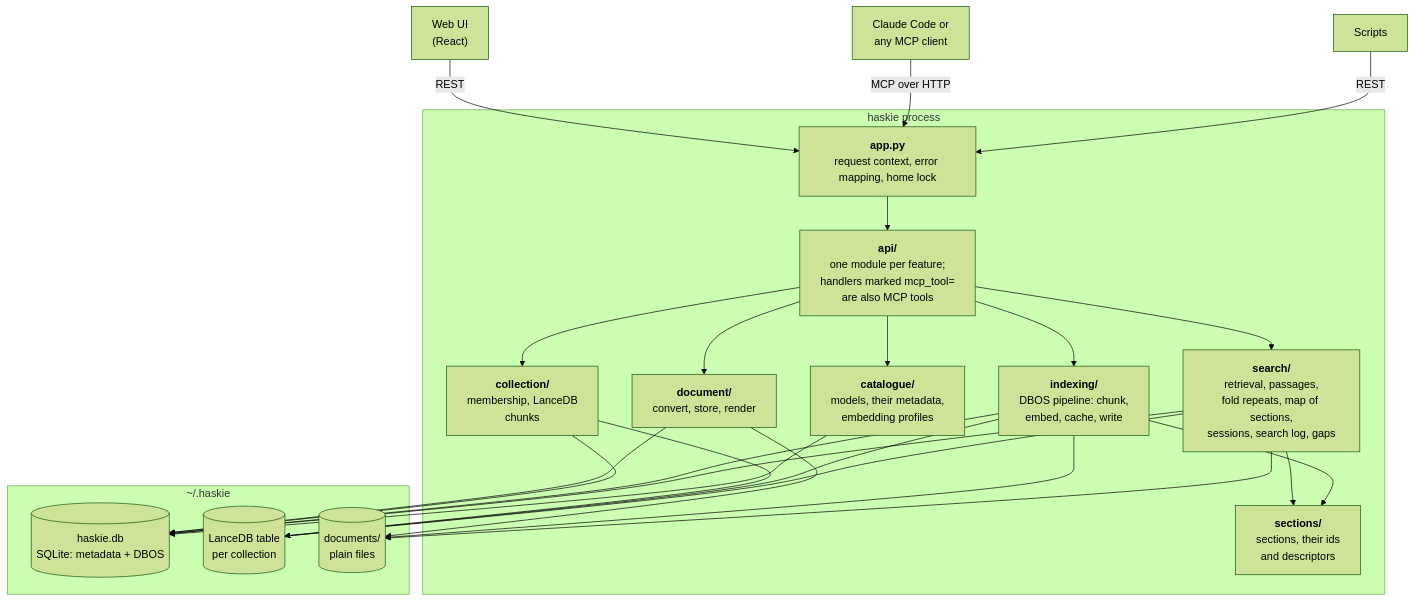
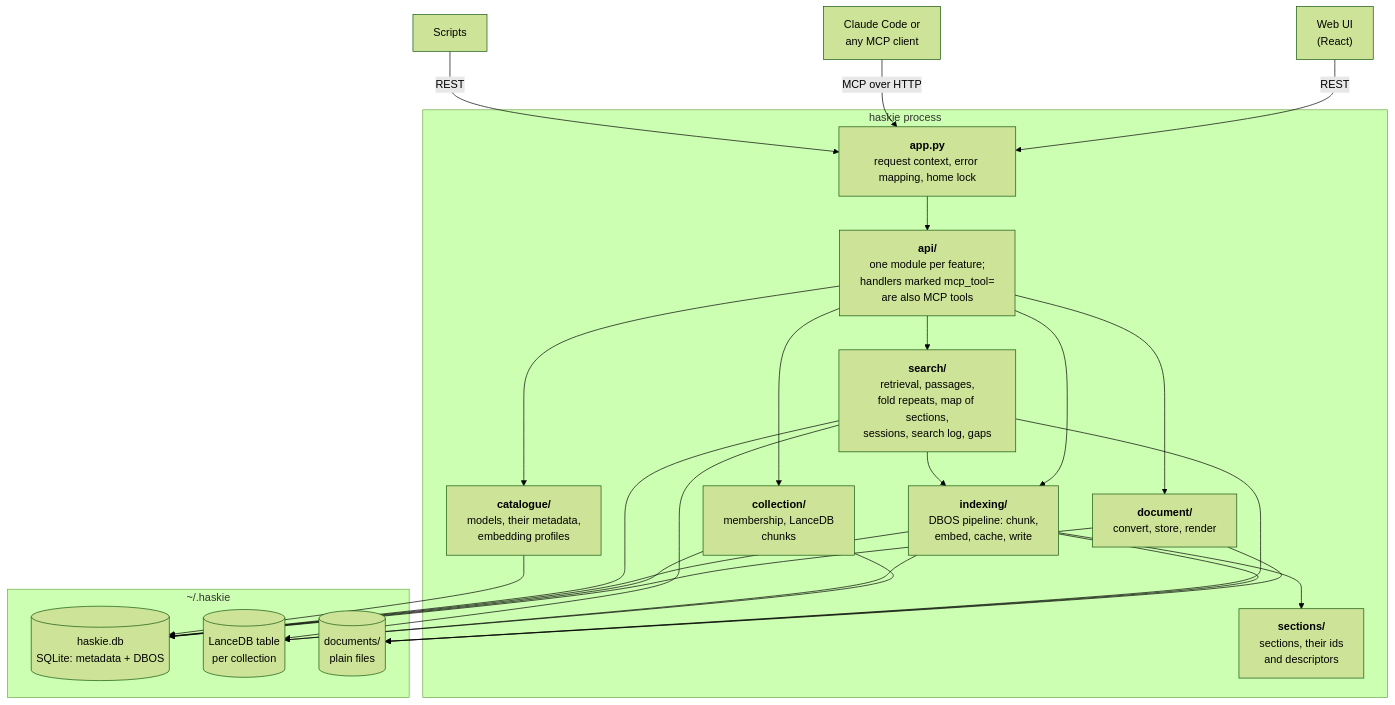
The first of 2 diagrams in docs/architecture.md (haskian/haskie), drawn with Mermaid (forest theme) before and after one commit. The commit also changed other lines of this file and 74 other files, not shown here.

Commit message:
feat!: search_sections replaces search_sources and reranks its map (#32)

````diff
--- a/docs/architecture.md
+++ b/docs/architecture.md
@@ -6,37 +6,37 @@
 ```mermaid
 flowchart TB
     ui["Web UI<br/>(React)"] -- REST --> app
     agent["Claude Code or<br/>any MCP client"] -- "MCP over HTTP" --> app
     scripts["Scripts"] -- REST --> app
 
     subgraph process["haskie process"]
         app["<b>app.py</b><br/>request context, error mapping, home lock"]
         api["<b>api/</b><br/>one module per feature;<br/>handlers marked mcp_tool=<br/>are also MCP tools"]
         app --> api
         api --> document["<b>document/</b><br/>convert, store, render"]
         api --> collection["<b>collection/</b><br/>membership, LanceDB<br/>chunks"]
         api --> search["<b>search/</b><br/>retrieval, passages,<br/>fold repeats, map of sections,<br/>sessions, search log, gaps"]
-        search --> sections["<b>sections/</b><br/>sections, their ids<br/>and descriptors"]
         api --> indexing["<b>indexing/</b><br/>DBOS pipeline: chunk,<br/>embed, cache, write"]
-        indexing --> sections
+        search --> indexing
+        indexing --> sections["<b>sections/</b><br/>sections, their ids<br/>and descriptors"]
         api --> catalogue["<b>catalogue/</b><br/>models, their metadata,<br/>embedding profiles"]
     end
 
     subgraph home["~/.haskie"]
         sqlite[("haskie.db<br/>SQLite: metadata + DBOS")]
         lance[("LanceDB table<br/>per collection")]
         files[("documents/<br/>plain files")]
     end
 
     document --> files
     document --> sqlite
     collection --> lance
     collection --> sqlite
     indexing --> sqlite
     indexing --> lance
     indexing --> files
     search --> lance
     search --> sqlite
     search --> files
     catalogue --> sqlite
 ```
````
